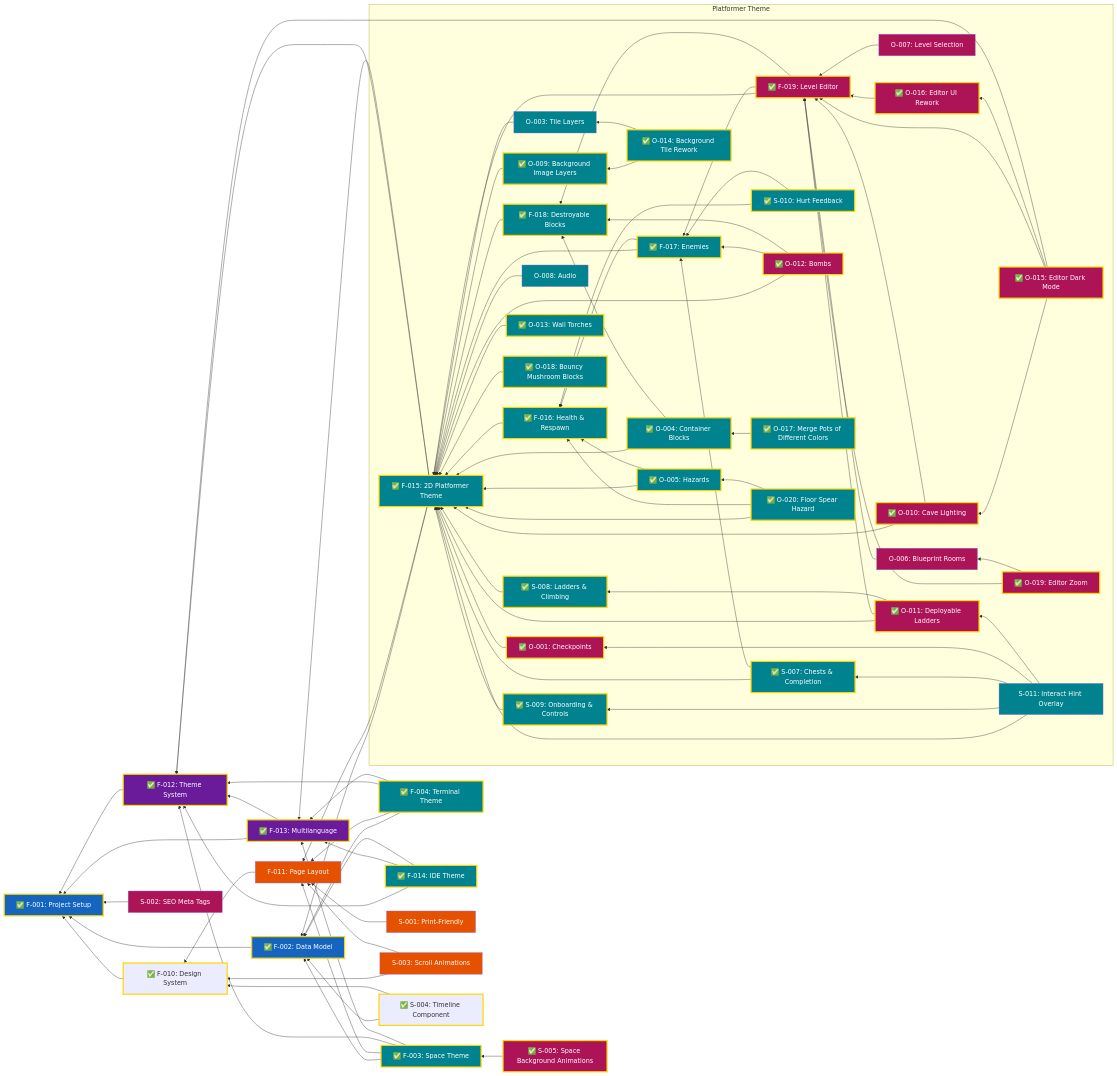
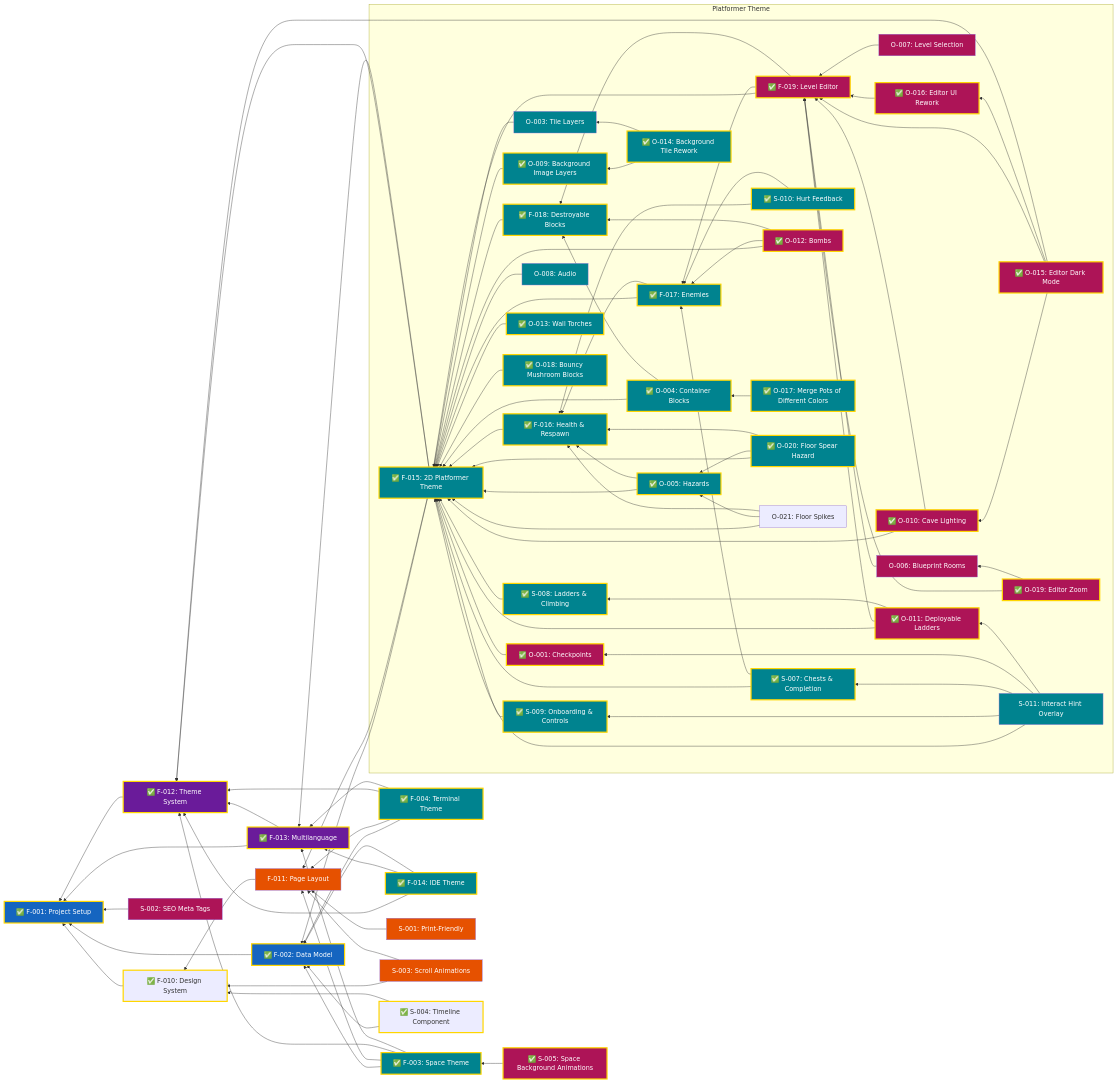
The diagram in docs/Features.md (garcipat/cv-website), drawn with Mermaid before and after one commit. The commit also changed 3 other files, not shown here.

First line of the commit message:
docs(O-020): spec and design for floor spikes, add sprite draft

```diff
--- a/docs/Features.md
+++ b/docs/Features.md
@@ -52,6 +52,7 @@
         O018["✅ O-018: Bouncy Mushroom Blocks"]
         O019["✅ O-019: Editor Zoom"]
         O020["✅ O-020: Floor Spear Hazard"]
+        O021["O-021: Floor Spikes"]
         S011["S-011: Interact Hint Overlay"]
     end
 
@@ -127,10 +128,12 @@
     O018 --> F015
     O019 --> F019
     O019 --> O006
-
     O020 --> F015
+    O020 --> O005
     O020 --> F016
-    O020 --> O005
+    O021 --> F015
+    O021 --> O005
+    O021 --> F016
 
     S011 --> F015
     S011 --> S009
@@ -161,7 +164,7 @@
     class S002,S005,O001 enhancements
     class O001 done
     class S005 done
-    class F015,F016,F017,F018,S007,S008,S009,S010,O003,O004,O005,O008,O009,O013,O014 themes
+    class F015,F016,F017,F018,S007,S008,S009,S010,O003,O004,O005,O008,O009,O013,O014,O020 themes
     class S011 themes
     class O017 themes
     class O017 done
```
